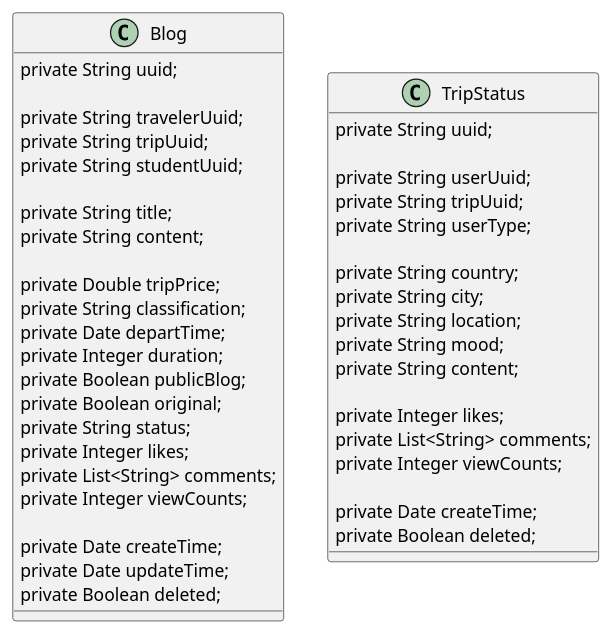
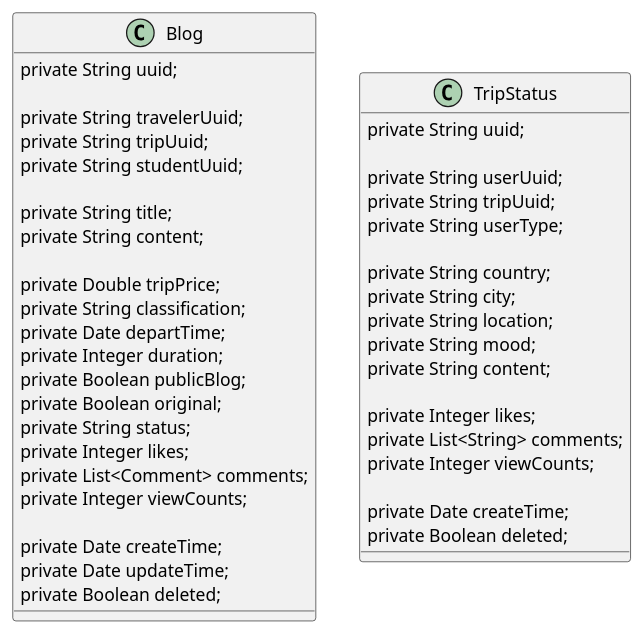
The diagram in uml/社交分享系统中的游记类图.puml (ogugugugugua/liuxuesheng), drawn with PlantUML before and after one commit. The commit also changed 27 other files, not shown here.

```diff
--- a/uml/社交分享系统中的游记类图.puml
+++ b/uml/社交分享系统中的游记类图.puml
@@ -1,49 +1,49 @@
 @startuml
 
 class Blog{
     private String uuid;
 
     private String travelerUuid;
     private String tripUuid;
     private String studentUuid;
 
     private String title;
     private String content;
 
     private Double tripPrice;
     private String classification;
     private Date departTime;
     private Integer duration;
     private Boolean publicBlog;
     private Boolean original;
     private String status;
     private Integer likes;
-    private List<String> comments;
+    private List<Comment> comments;
     private Integer viewCounts;
 
     private Date createTime;
     private Date updateTime;
     private Boolean deleted;
 
 }
 class TripStatus {
   private String uuid;
 
   private String userUuid;
   private String tripUuid;
   private String userType;
 
   private String country;
   private String city;
   private String location;
   private String mood;
   private String content;
 
   private Integer likes;
   private List<String> comments;
   private Integer viewCounts;
 
   private Date createTime;
   private Boolean deleted;
 }
 @enduml
```
